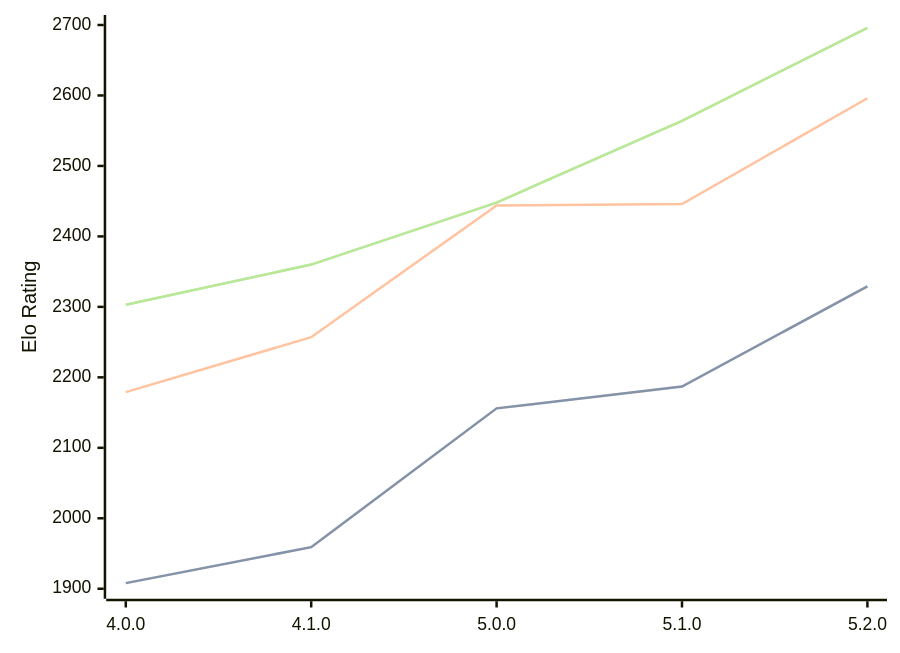
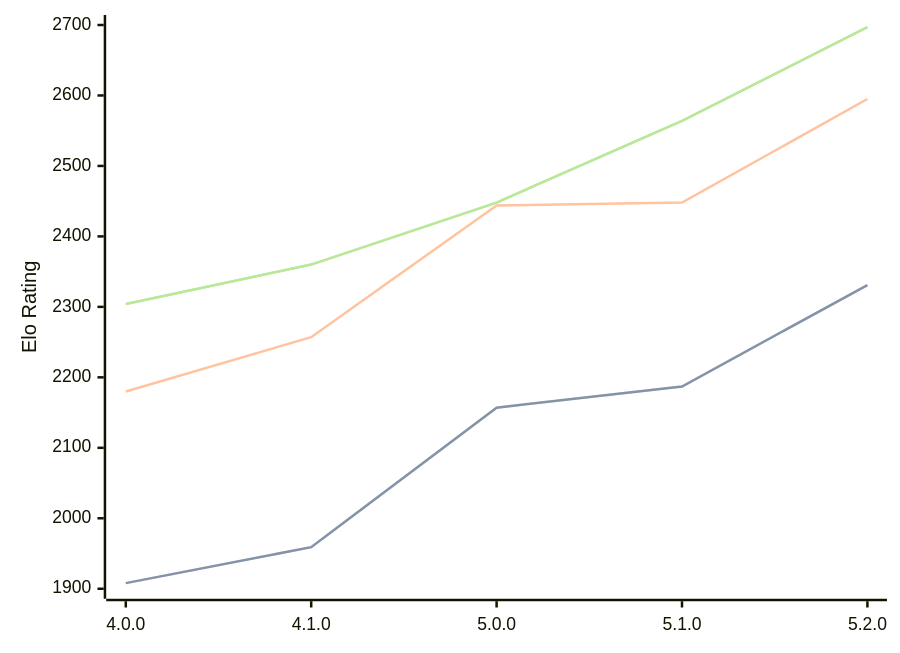
Before and after one commit to computer-chess-index/cci: the diagram in engines/Aconcagua.md, drawn with Mermaid. The commit also changed other lines of this file, not shown here.

Commit message:
Update CCI Ratings (ELO VLTC) - 2026-08-24

````diff
--- a/engines/Aconcagua.md
+++ b/engines/Aconcagua.md
@@ -35,11 +35,11 @@
 ```mermaid
 %%{init: {"theme":"base","themeVariables":{"seriesColors:['#a3a3a3','#222221','#faa371']}}}%%
 xychart-beta
   x-axis ["4.0.0", "4.1.0", "5.0.0", "5.1.0", "5.2.0"]
   y-axis "Elo Rating" 1900 --> 2700
-  line "STC (8.0+0.08s)" [1908, 1959, 2156, 2187, 2329]
-  line "STC (8.0+0.08s)" [1908, 1959, 2156, 2187, 2329]
-  line "LTC (60.0+0.60s)" [2179, 2257, 2444, 2446, 2596]
-  line "VLTC (2m24s+1.12s)" [2303, 2360, 2448, 2564, 2696]
-  line "VLTC (2m24s+1.12s)" [2303, 2360, 2448, 2564, 2696]
+  line "STC (8.0+0.08s)" [1908, 1959, 2157, 2187, 2331]
+  line "STC (8.0+0.08s)" [1908, 1959, 2157, 2187, 2331]
+  line "LTC (60.0+0.60s)" [2180, 2257, 2444, 2448, 2595]
+  line "VLTC (2m24s+1.12s)" [2304, 2360, 2448, 2564, 2697]
+  line "VLTC (2m24s+1.12s)" [2304, 2360, 2448, 2564, 2697]
 ```
````
